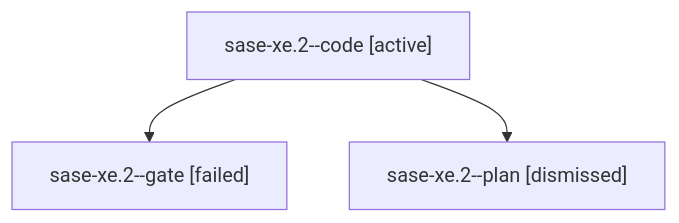
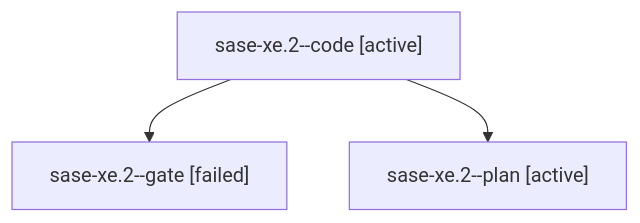
Before and after one commit to sase-org/sase--agents: the diagram in families/bbugyi200.athena.sase-xe.2.md, drawn with Mermaid. The commit also changed other lines of this file and 288 other files, not shown here.

````diff
--- a/families/bbugyi200.athena.sase-xe.2.md
+++ b/families/bbugyi200.athena.sase-xe.2.md
@@ -9,8 +9,8 @@
 ```mermaid
 flowchart TD
   n0["sase-xe.2--code [active]"]
   n1["sase-xe.2--gate [failed]"]
   n0 --> n1
-  n2["sase-xe.2--plan [dismissed]"]
+  n2["sase-xe.2--plan [active]"]
   n0 --> n2
 ```
````
